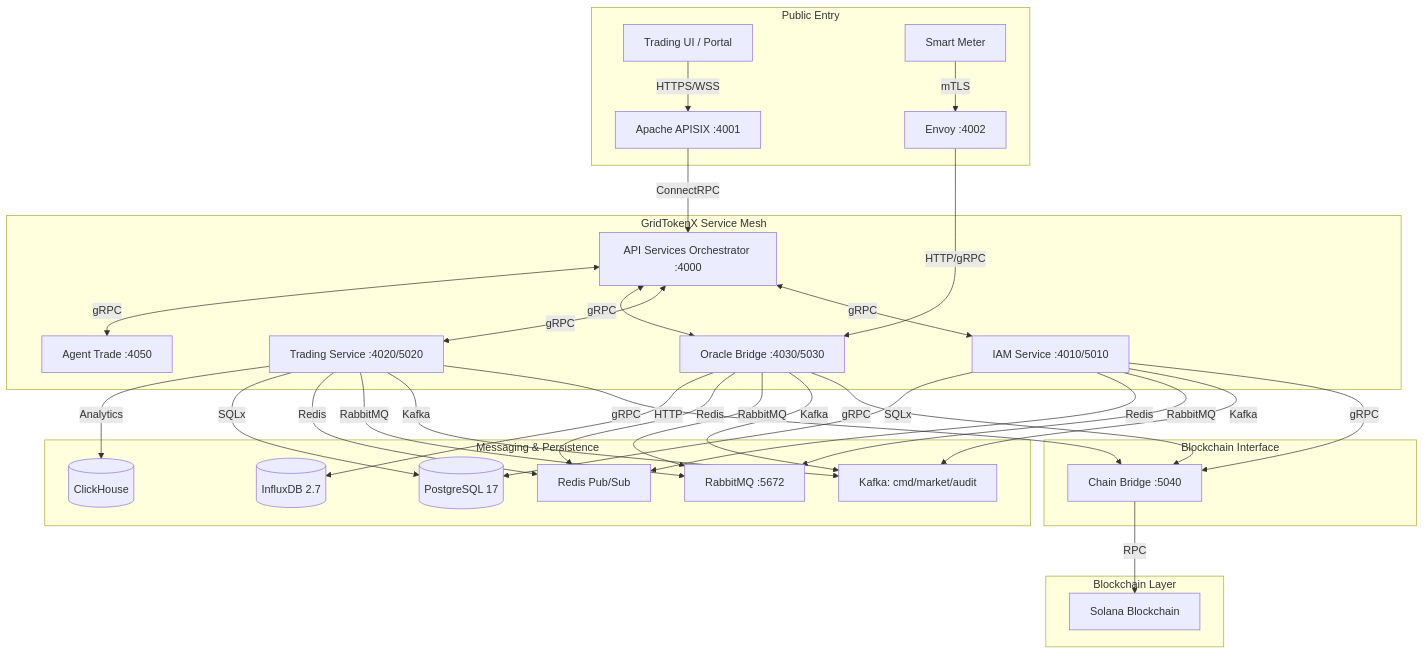
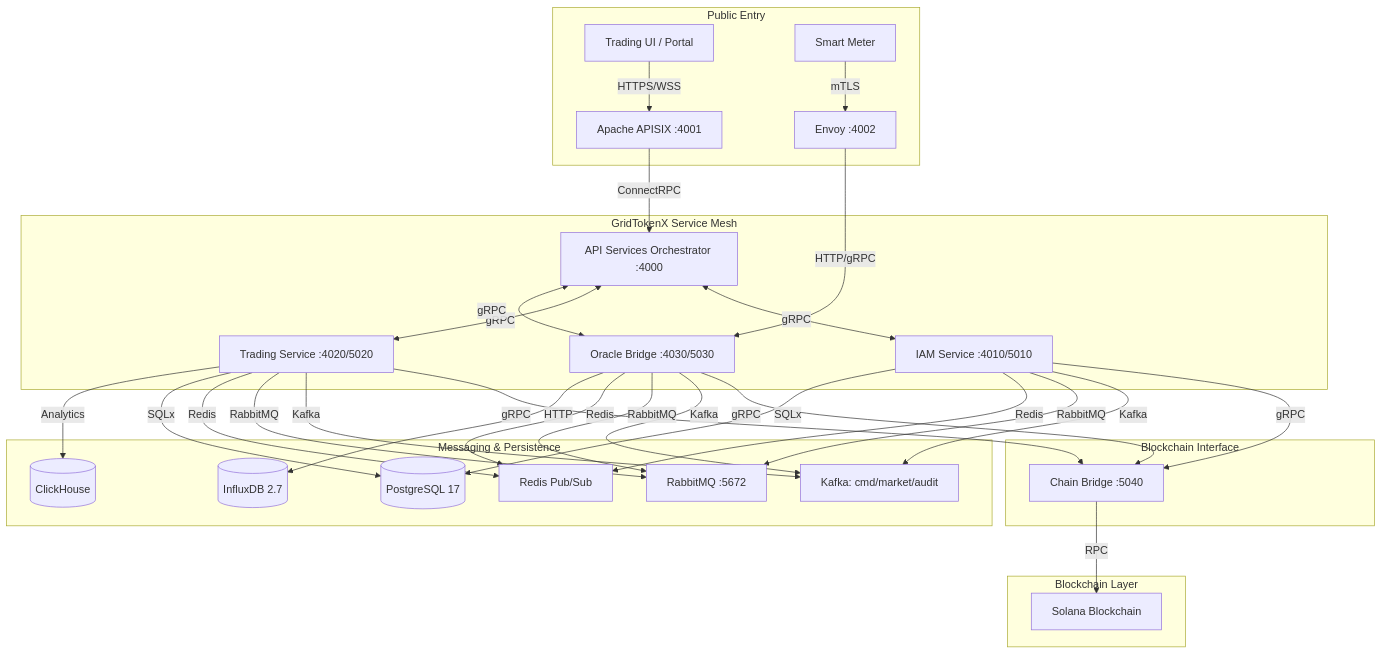
Before and after one commit to NakaSato/gridtokenx-coresystem: the diagram in README.md, drawn with Mermaid. The commit also changed other lines of this file and 30 other files, not shown here.

````diff
--- a/README.md
+++ b/README.md
@@ -19,33 +19,32 @@
 ```mermaid
 graph TD
     subgraph "Public Entry"
         Client[Trading UI / Portal] -->|HTTPS/WSS| APISIX[Apache APISIX :4001]
         EdgeMeter[Smart Meter] -->|mTLS| Envoy[Envoy :4002]
     end
 
     subgraph "GridTokenX Service Mesh"
         APISIX -->|ConnectRPC| APIS[API Services Orchestrator :4000]
         APIS <-->|gRPC| IAM[IAM Service :4010/5010]
         APIS <-->|gRPC| Trading[Trading Service :4020/5020]
         APIS <-->|gRPC| OracleB[Oracle Bridge :4030/5030]
-        APIS <-->|gRPC| Agent[Agent Trade :4050]
         Envoy -->|HTTP/gRPC| OracleB
     end
 
     subgraph "Blockchain Interface"
         IAM & Trading & OracleB -->|gRPC| ChainBridge[Chain Bridge :5040]
     end
 
     subgraph "Blockchain Layer"
         ChainBridge -->|RPC| Solana[Solana Blockchain]
     end
 
     subgraph "Messaging & Persistence"
         IAM & Trading & OracleB -->|Kafka| Events[Kafka: cmd/market/audit]
         IAM & Trading & OracleB -->|RabbitMQ| Tasks[RabbitMQ :5672]
         IAM & Trading & OracleB -->|Redis| Live[Redis Pub/Sub]
         IAM & Trading -->|SQLx| PostgreS[(PostgreSQL 17)]
         OracleB -->|HTTP| TSDB[(InfluxDB 2.7)]
         Trading -->|Analytics| ClickHouse[(ClickHouse)]
     end
 ```
````
